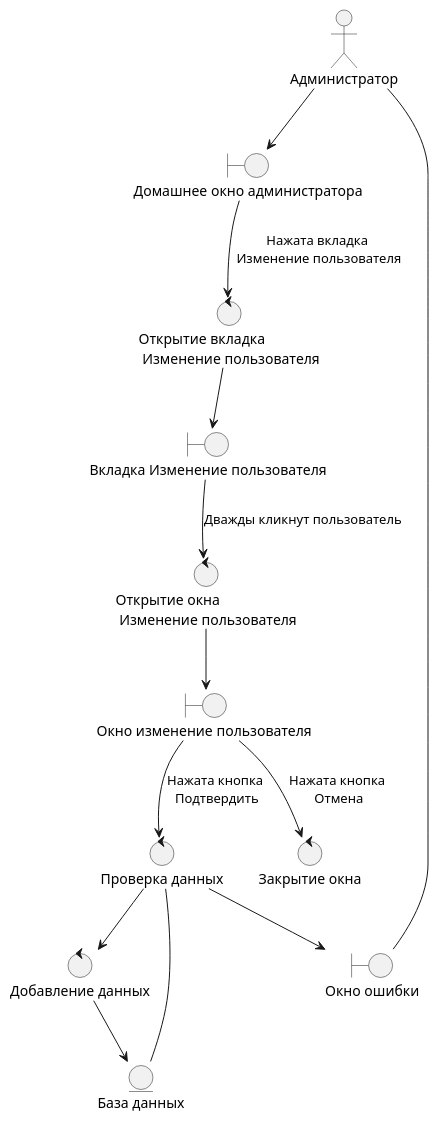
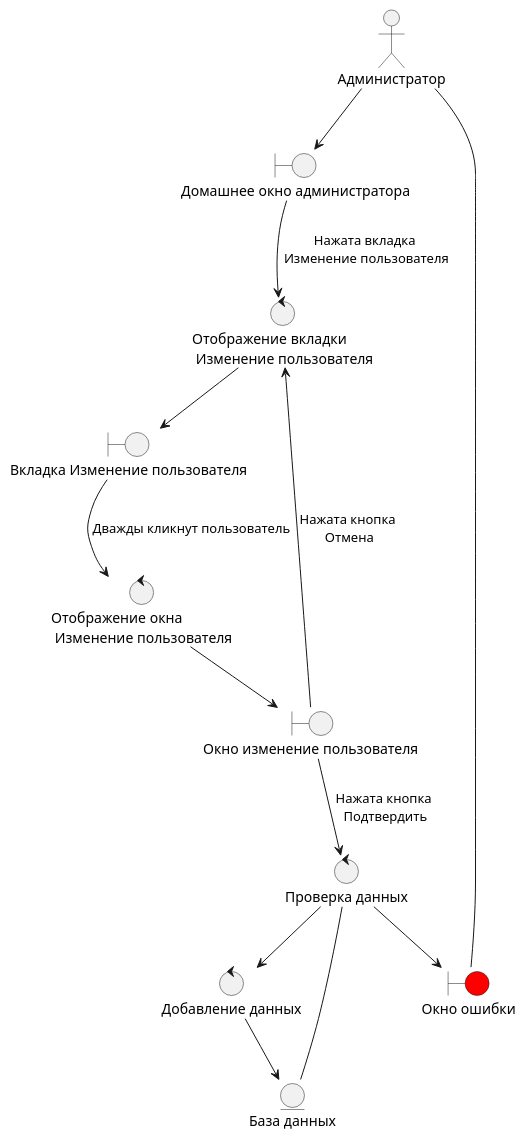
Before and after one commit to Undetaker45/MDKP: the diagram in UML/Prigodnosty/PrChangePolzovatelya.wsd, drawn with PlantUML. The commit also changed 64 other files, not shown here.

```diff
--- a/UML/Prigodnosty/PrChangePolzovatelya.wsd
+++ b/UML/Prigodnosty/PrChangePolzovatelya.wsd
@@ -1,38 +1,36 @@
 @startuml PrYdaleniePolzovatelya.wsd
 
 actor "Администратор" as pl
 
-control "Открытие вкладка\n Изменение пользователя" as co
+control "Отображение вкладки\n Изменение пользователя" as co
 
 control "Проверка данных" as co2
 
-control "Закрытие окна" as co3
-
 control "Добавление данных" as co4
 
-control "Открытие окна\n Изменение пользователя" as co5
+control "Отображение окна\n Изменение пользователя" as co5
 
 boundary "Домашнее окно администратора" as bo
 
 boundary "Вкладка Изменение пользователя" as bo1
 
 boundary "Окно изменение пользователя " as bo2
 
 entity "База данных" as en
 
-boundary "Окно ошибки" as err
+boundary "Окно ошибки" as err #Red
 
 pl --> bo
 bo --> co : Нажата вкладка\n Изменение пользователя 
 co --> bo1
 bo1 --> co5 : Дважды кликнут пользователь
 co5 --> bo2
 bo2 --> co2 : Нажата кнопка\n Подтвердить
-bo2 --> co3 : Нажата кнопка\n Отмена
+bo2 --> co : Нажата кнопка\n Отмена
 co2 -- en
 co2 --> co4
 co4 --> en
 co2 --> err
 err -- pl
 
 @enduml
```
